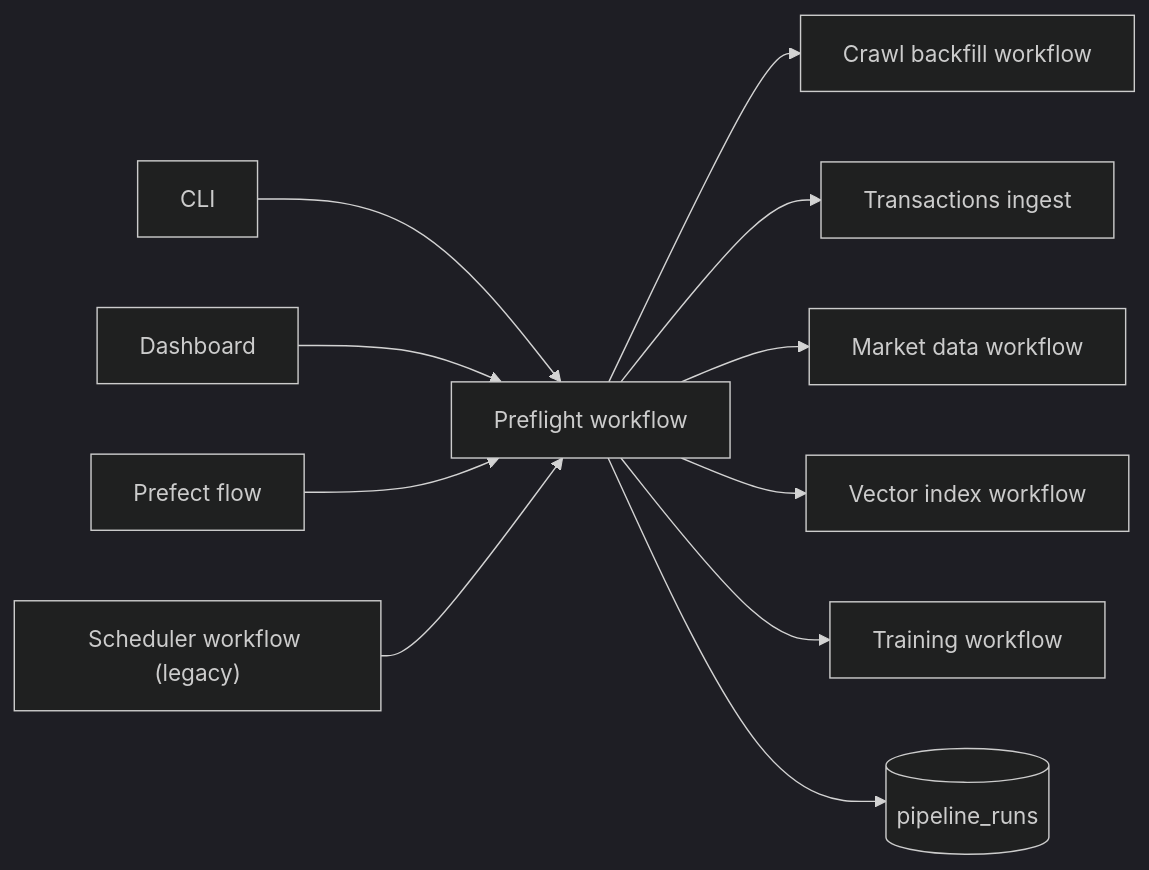
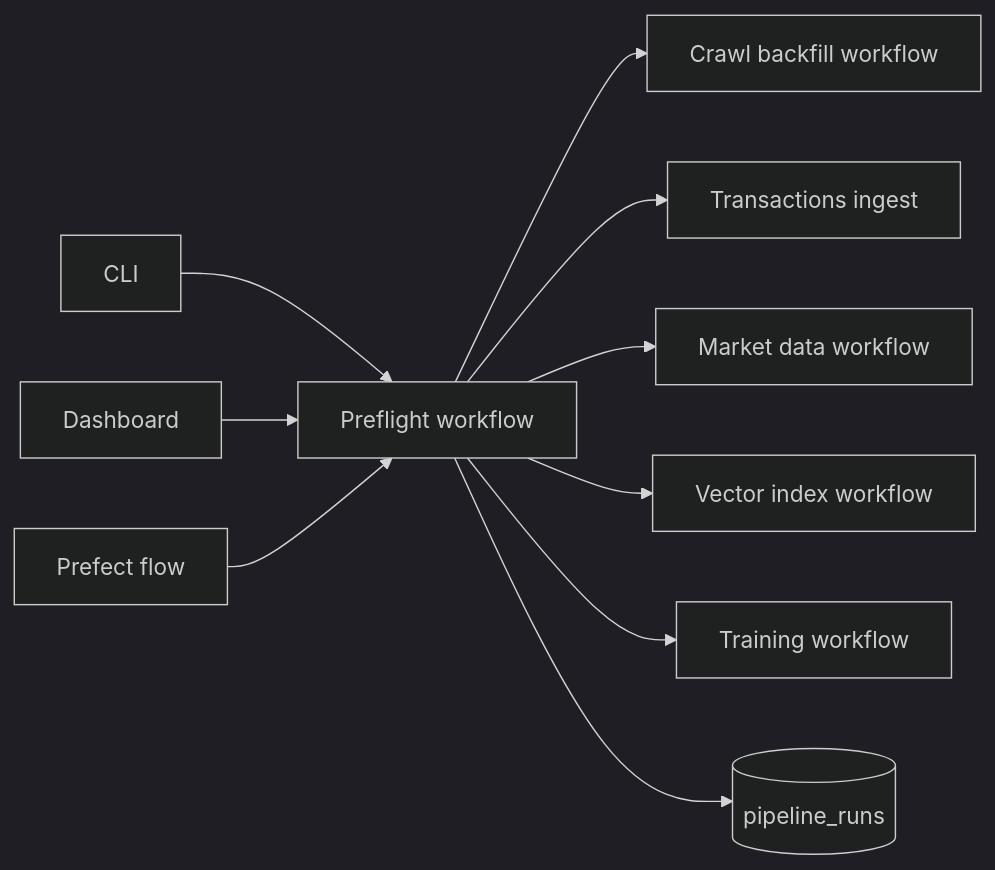
Before and after one commit to Nirtzur0/PropertyScanner: the first of 4 diagrams in docs/02_data_pipeline.md, drawn with Mermaid (dark theme). The commit also changed other lines of this file and 56 other files, not shown here.

````diff
--- a/docs/02_data_pipeline.md
+++ b/docs/02_data_pipeline.md
@@ -9,13 +9,12 @@
 ```mermaid
 flowchart LR
     CLI["CLI"] --> Preflight["Preflight workflow"]
     Dash["Dashboard"] --> Preflight
     Prefect["Prefect flow"] --> Preflight
-    Scheduler["Scheduler workflow (legacy)"] --> Preflight
     Preflight --> Crawl["Crawl backfill workflow"]
     Preflight --> Transactions["Transactions ingest"]
     Preflight --> MarketData["Market data workflow"]
     Preflight --> Index["Vector index workflow"]
     Preflight --> Train["Training workflow"]
     Preflight --> Runs[("pipeline_runs")]
 ```
````
